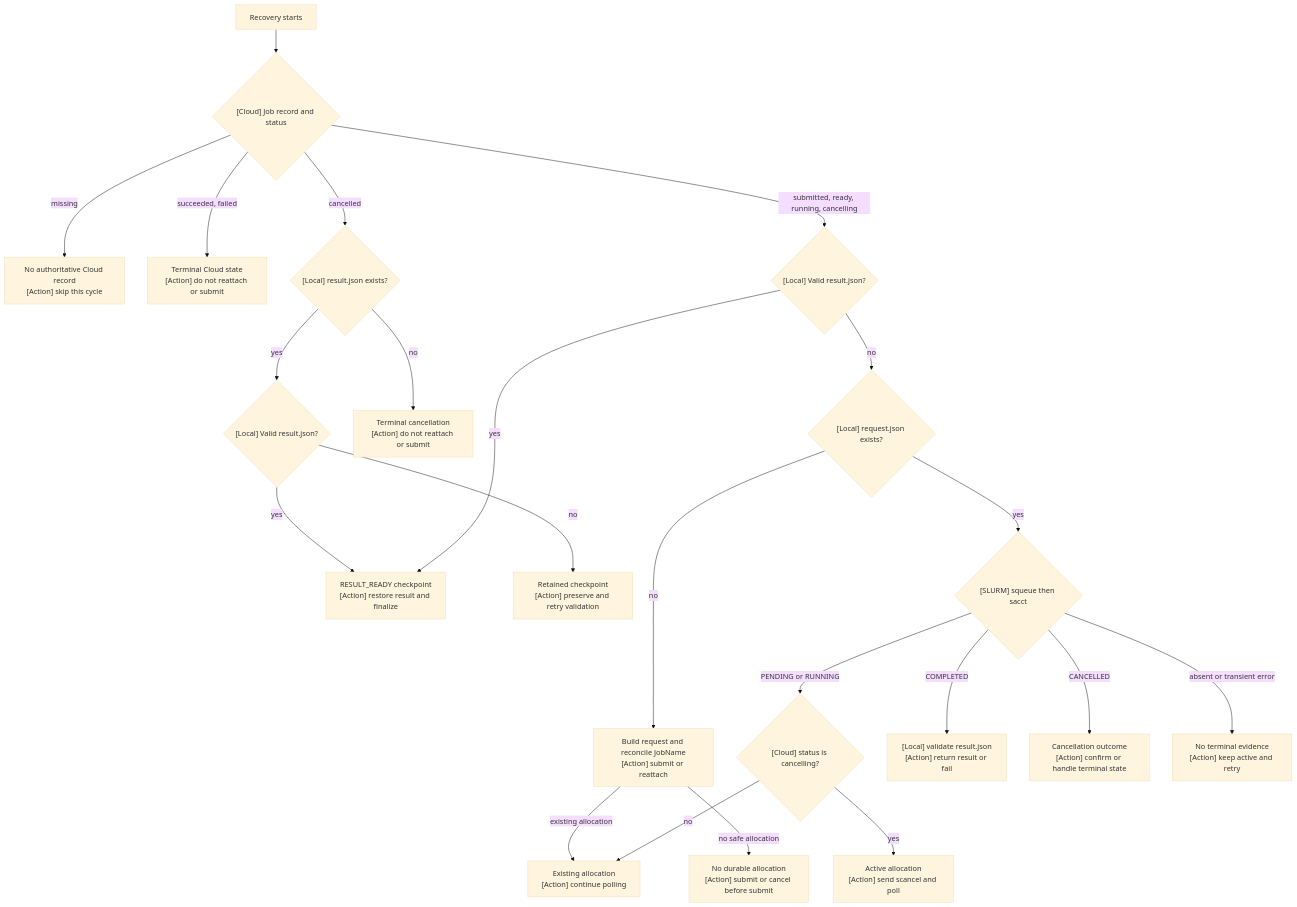
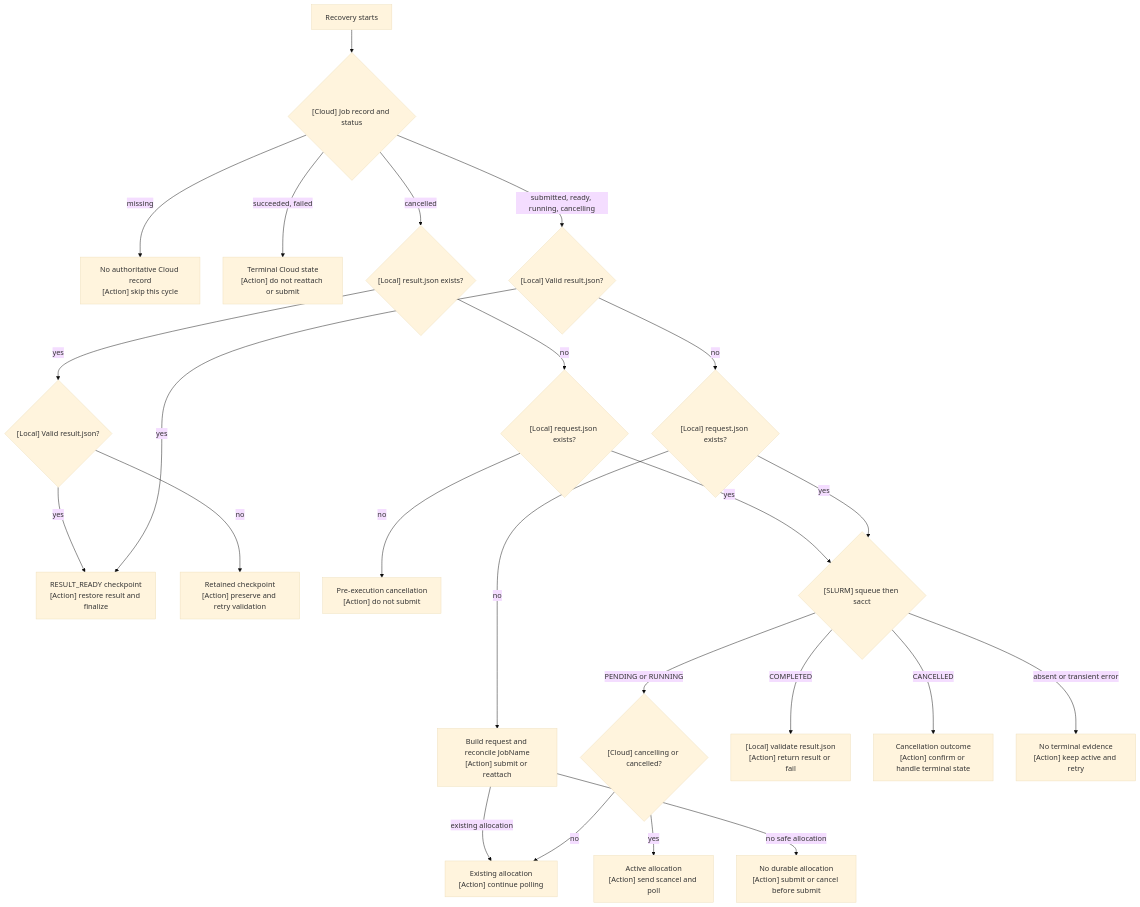
The fourth of 4 diagrams in docs/features/slurm_simulator/overview.md (oqtopus-team/oqtopus-engine), drawn with Mermaid (base theme) before and after one commit. The commit also changed other lines of this file and 10 other files, not shown here.

Commit message:
fix(slurm): reconcile cancelled allocations safely

````diff
--- a/docs/features/slurm_simulator/overview.md
+++ b/docs/features/slurm_simulator/overview.md
@@ -472,26 +473,28 @@
 ```mermaid
 flowchart TD
   Start["Recovery starts"] --> Cloud{"[Cloud] Job record and status"}
   Cloud -->|missing| Missing["No authoritative Cloud record<br/>[Action] skip this cycle"]
   Cloud -->|succeeded, failed| Terminal["Terminal Cloud state<br/>[Action] do not reattach or submit"]
   Cloud -->|cancelled| CancelledCloud{"[Local] result.json exists?"}
   CancelledCloud -->|yes| CancelledResult{"[Local] Valid result.json?"}
   CancelledResult -->|yes| Return
   CancelledResult -->|no| InvalidResult["Retained checkpoint<br/>[Action] preserve and retry validation"]
-  CancelledCloud -->|no| CancelledTerminal["Terminal cancellation<br/>[Action] do not reattach or submit"]
+  CancelledCloud -->|no| CancelledRequest{"[Local] request.json exists?"}
+  CancelledRequest -->|no| CancelledTerminal["Pre-execution cancellation<br/>[Action] do not submit"]
+  CancelledRequest -->|yes| Slurm
   Cloud -->|submitted, ready, running, cancelling| Result{"[Local] Valid result.json?"}
 
   Result -->|yes| Return["RESULT_READY checkpoint<br/>[Action] restore result and finalize"]
   Result -->|no| Request{"[Local] request.json exists?"}
   Request -->|no| Reconcile["Build request and reconcile JobName<br/>[Action] submit or reattach"]
   Reconcile -->|existing allocation| Continue["Existing allocation<br/>[Action] continue polling"]
   Reconcile -->|no safe allocation| Submit["No durable allocation<br/>[Action] submit or cancel before submit"]
 
   Request -->|yes| Slurm{"[SLURM] squeue then sacct"}
-  Slurm -->|PENDING or RUNNING| CancelCheck{"[Cloud] status is cancelling?"}
+  Slurm -->|PENDING or RUNNING| CancelCheck{"[Cloud] cancelling or cancelled?"}
   CancelCheck -->|no| Continue
   CancelCheck -->|yes| Cancel["Active allocation<br/>[Action] send scancel and poll"]
   Slurm -->|COMPLETED| Validate["[Local] validate result.json<br/>[Action] return result or fail"]
   Slurm -->|CANCELLED| Cancelled["Cancellation outcome<br/>[Action] confirm or handle terminal state"]
   Slurm -->|absent or transient error| Retry["No terminal evidence<br/>[Action] keep active and retry"]
 ```
````
